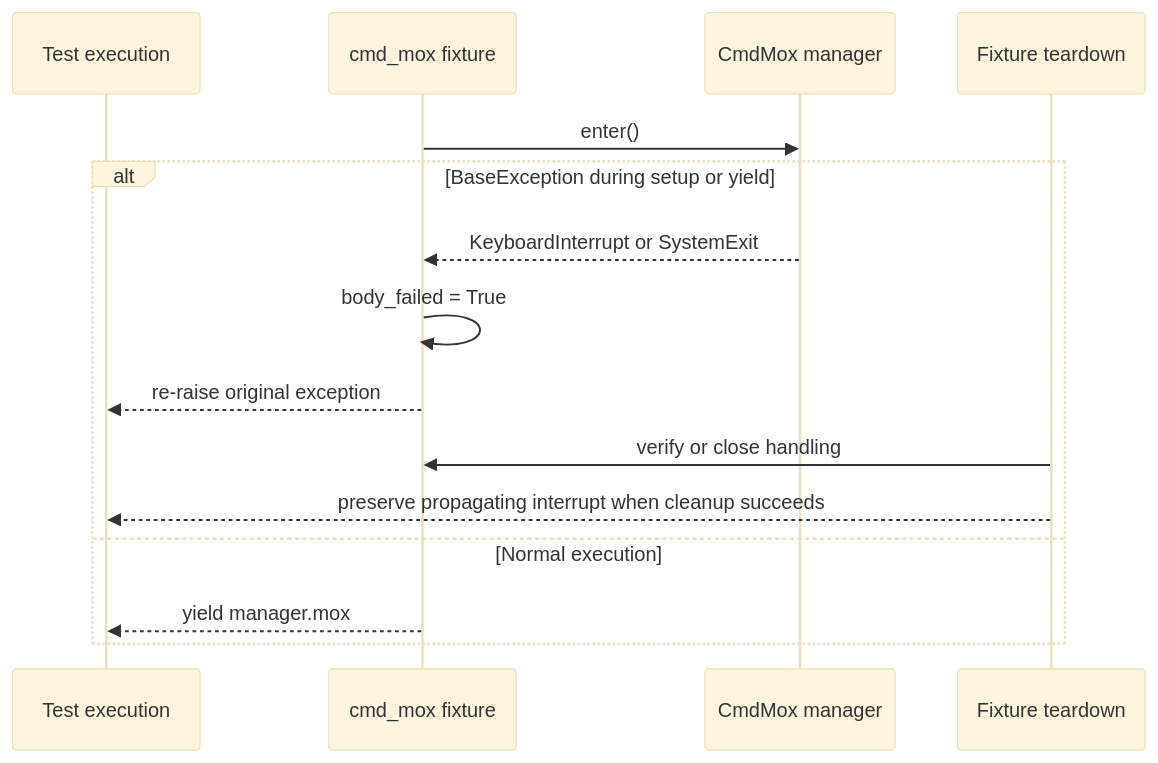
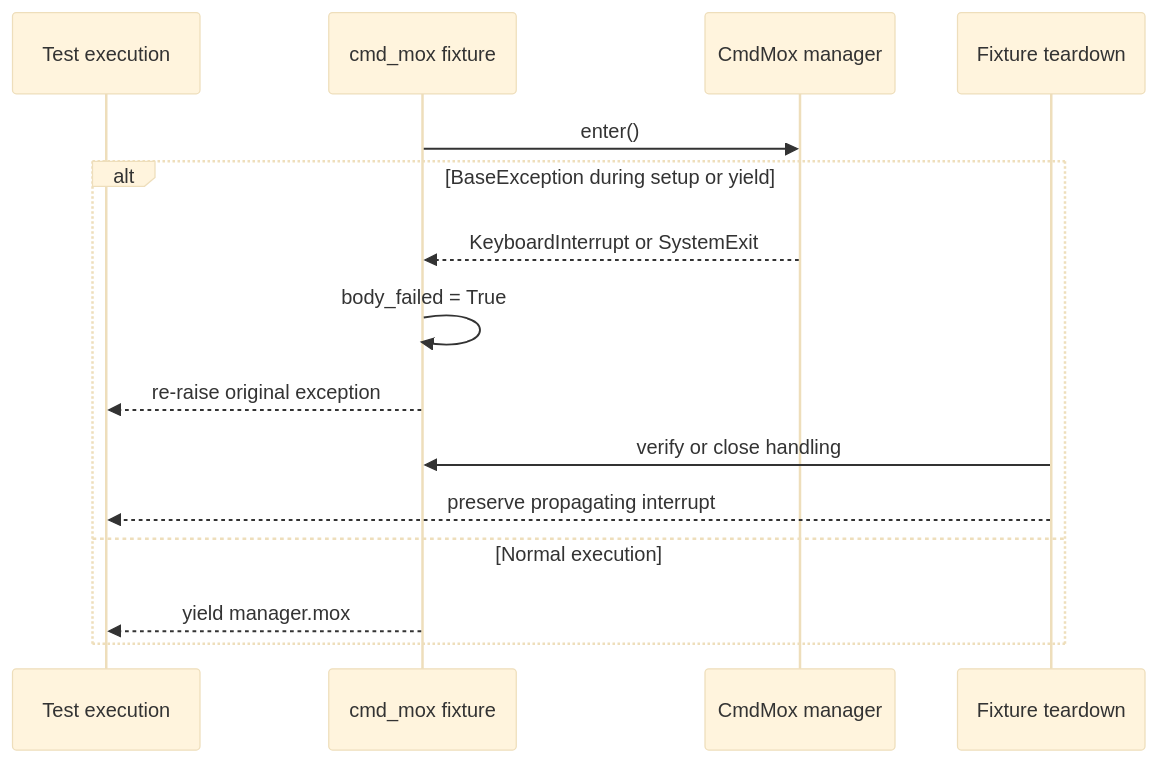
The third of 30 diagrams in docs/python-native-command-mocking-design.md (leynos/cmd-mox), drawn with Mermaid (base theme) before and after one commit.

Commit message:
Match supplied teardown diagram text
Restore the sequence diagram final message to the wording supplied for issue #239. Keep the cleanup condition in the screen-reader caption, where it explains the behaviour.

````diff
--- a/docs/python-native-command-mocking-design.md
+++ b/docs/python-native-command-mocking-design.md
@@ -441,18 +441,18 @@
 ```mermaid
 sequenceDiagram
     participant Test as Test execution
     participant Fixture as cmd_mox fixture
     participant Manager as CmdMox manager
     participant Teardown as Fixture teardown
 
     Fixture->>Manager: enter()
     alt BaseException during setup or yield
         Manager-->>Fixture: KeyboardInterrupt or SystemExit
         Fixture->>Fixture: body_failed = True
         Fixture-->>Test: re-raise original exception
         Teardown->>Fixture: verify or close handling
-        Teardown-->>Test: preserve propagating interrupt when cleanup succeeds
+        Teardown-->>Test: preserve propagating interrupt
     else Normal execution
         Fixture-->>Test: yield manager.mox
     end
 ```
````
